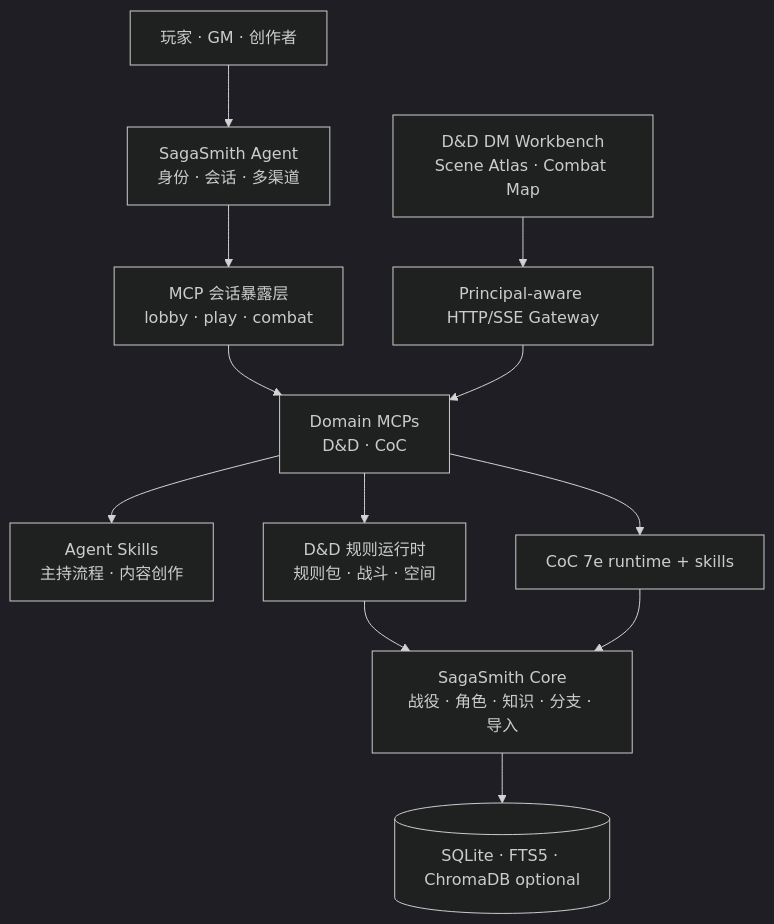
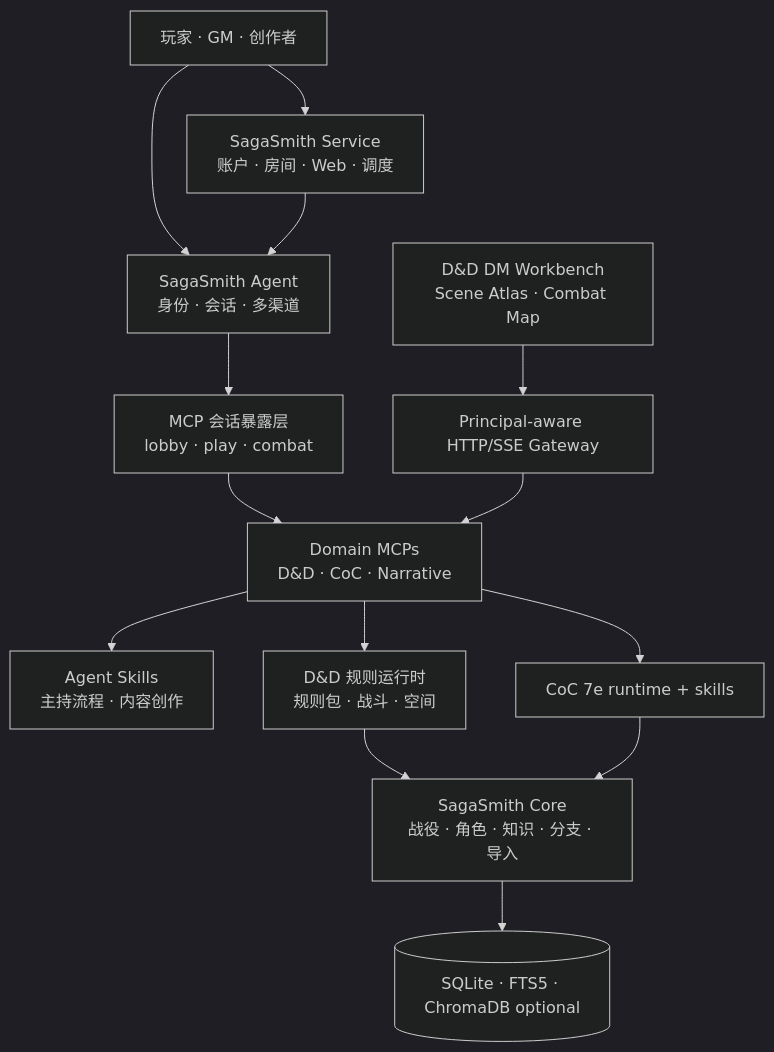
One commit to SagaSmithAI/.github changed the diagram in profile/README.md. Above: the diagram before and after it, drawn with Mermaid (dark theme). The commit also changed other lines of this file and 4 other files, not shown here.

````diff
--- a/profile/README.md
+++ b/profile/README.md
@@ -40,14 +42,16 @@
 ```mermaid
 flowchart TB
-    H[玩家 · GM · 创作者] --> A[SagaSmith Agent<br/>身份 · 会话 · 多渠道]
+    H[玩家 · GM · 创作者] --> W[SagaSmith Service<br/>账户 · 房间 · Web · 调度]
+    H --> A[SagaSmith Agent<br/>身份 · 会话 · 多渠道]
+    W --> A
     A --> X[MCP 会话暴露层<br/>lobby · play · combat]
-    X --> M[Domain MCPs<br/>D&D · CoC]
+    X --> M[Domain MCPs<br/>D&D · CoC · Narrative]
     M --> S[Agent Skills<br/>主持流程 · 内容创作]
     M --> D[D&D 规则运行时<br/>规则包 · 战斗 · 空间]
     D --> C[SagaSmith Core<br/>战役 · 角色 · 知识 · 分支 · 导入]
     C --> P[(SQLite · FTS5 · ChromaDB optional)]
     U[D&D DM Workbench<br/>Scene Atlas · Combat Map] --> G[Principal-aware HTTP/SSE Gateway]
     G --> M
     M --> R[CoC 7e runtime + skills]
     R --> C
 ```
````
